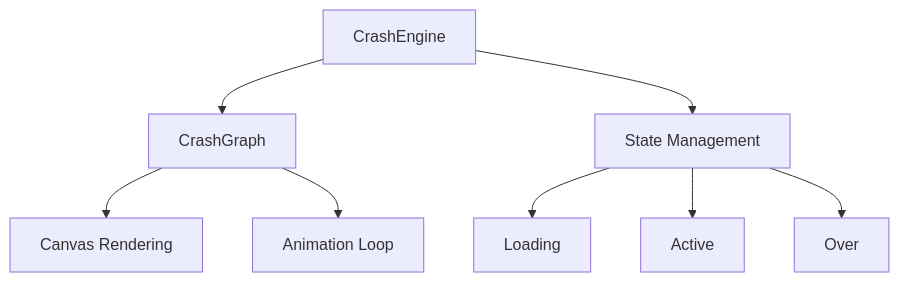
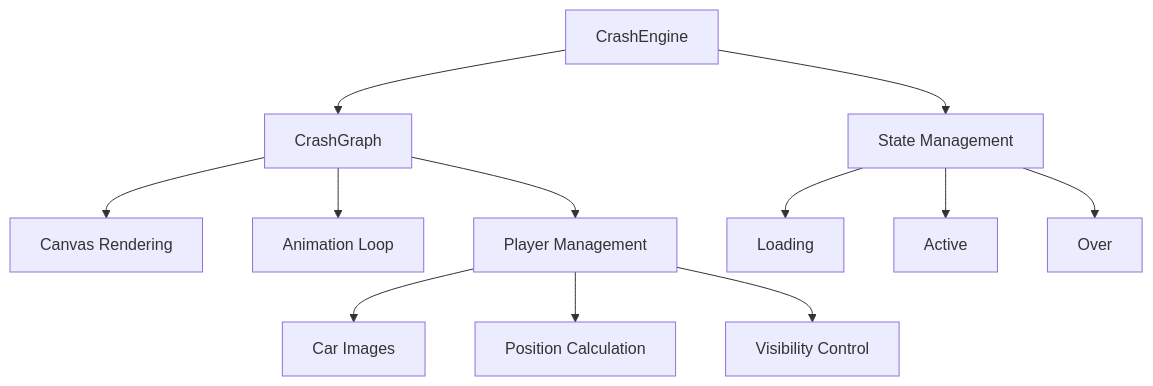
One commit to smoo7h/crash-game-graph changed the first of 3 diagrams in memory-bank/systemPatterns.md. Above: the diagram before and after it, drawn with Mermaid. The commit also changed 7 other files, not shown here.

Commit message:
Enhance CrashGraph with player visualization and dynamic car rendering

````diff
--- a/memory-bank/systemPatterns.md
+++ b/memory-bank/systemPatterns.md
@@ -5,10 +5,15 @@
 ```mermaid
 flowchart TD
     A[CrashEngine] --> B[CrashGraph]
     B --> C[Canvas Rendering]
     B --> D[Animation Loop]
     A --> E[State Management]
     E --> F[Loading]
     E --> G[Active]
     E --> H[Over]
+    
+    B --> I[Player Management]
+    I --> J[Car Images]
+    I --> K[Position Calculation]
+    I --> L[Visibility Control]
 ```
````
